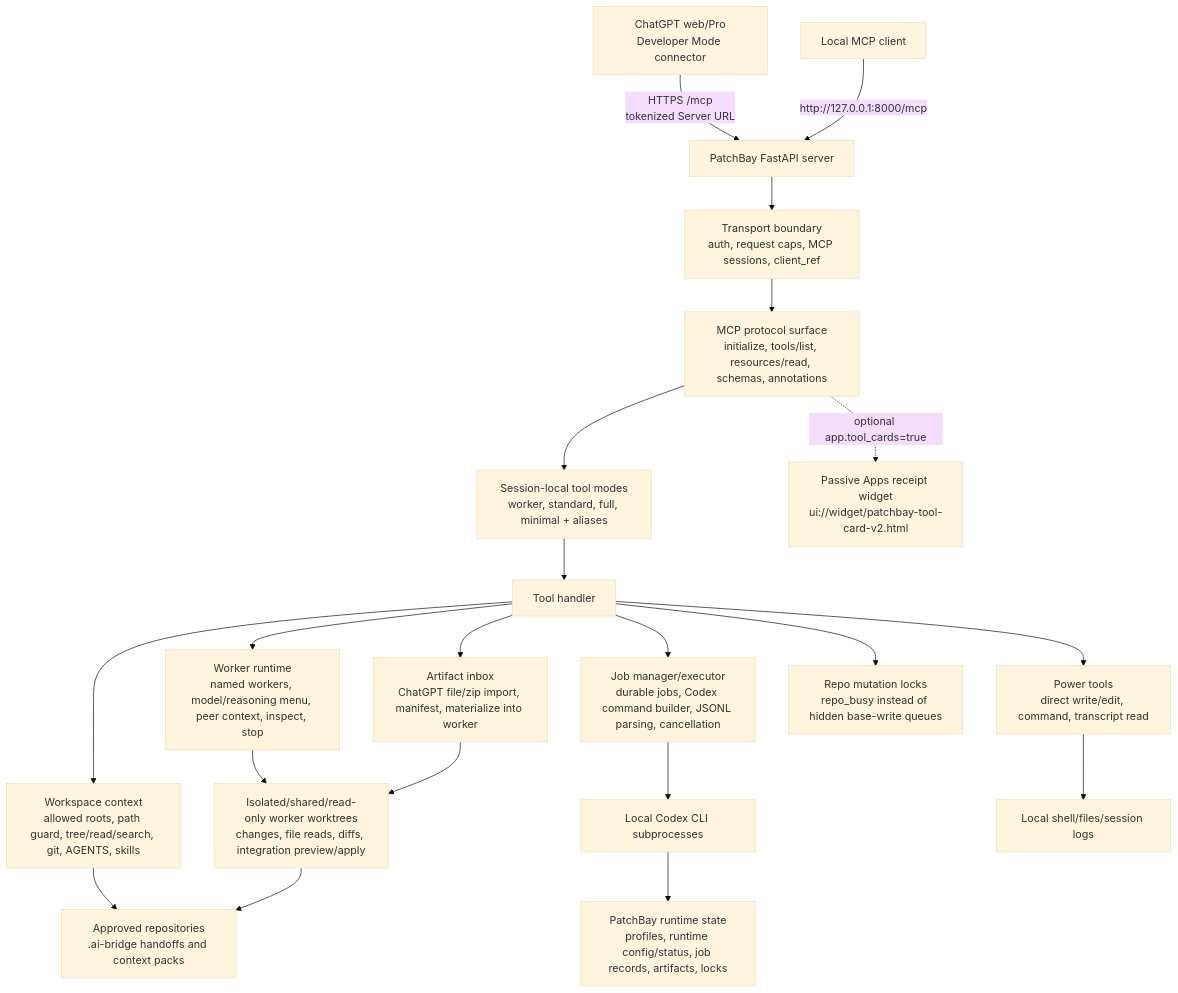
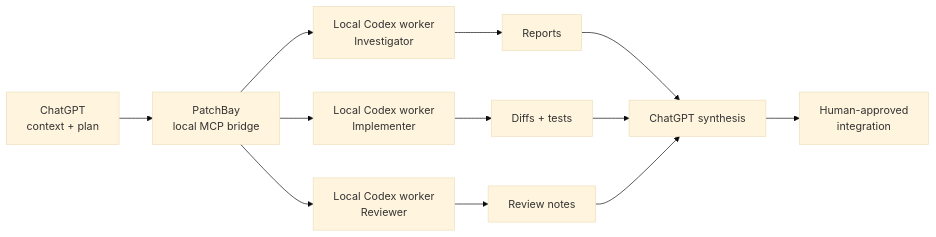
One commit to velhud/PatchBay changed the diagram in README.md. Above: the diagram before and after it, drawn with Mermaid (base theme). The commit also changed other lines of this file and 8 other files, not shown here.

````diff
--- a/README.md
+++ b/README.md
@@ -83,26 +57,14 @@
 ```mermaid
-flowchart TD
-    A["ChatGPT web/Pro<br/>Developer Mode connector"] -->|"HTTPS /mcp<br/>tokenized Server URL"| B["PatchBay FastAPI server"]
-    A2["Local MCP client"] -->|"http://127.0.0.1:8000/mcp"| B
-
-    B --> C["Transport boundary<br/>auth, request caps, MCP sessions, client_ref"]
-    C --> D["MCP protocol surface<br/>initialize, tools/list, resources/read, schemas, annotations"]
-    D --> E["Session-local tool modes<br/>worker, standard, full, minimal + aliases"]
-    D -. "optional app.tool_cards=true" .-> R["Passive Apps receipt widget<br/>ui://widget/patchbay-tool-card-v2.html"]
-
-    E --> H["Tool handler"]
-    H --> W["Workspace context<br/>allowed roots, path guard, tree/read/search, git, AGENTS, skills"]
-    H --> N["Worker runtime<br/>named workers, model/reasoning menu, peer context, inspect, stop"]
-    H --> I["Artifact inbox<br/>ChatGPT file/zip import, manifest, materialize into worker"]
-    H --> J["Job manager/executor<br/>durable jobs, Codex command builder, JSONL parsing, cancellation"]
-    H --> P["Power tools<br/>direct write/edit, command, transcript read"]
-    H --> L["Repo mutation locks<br/>repo_busy instead of hidden base-write queues"]
-
-    N --> WT["Isolated/shared/read-only worker worktrees<br/>changes, file reads, diffs, integration preview/apply"]
-    I --> WT
-    J --> X["Local Codex CLI subprocesses"]
-    P --> Y["Local shell/files/session logs"]
-    W --> Z["Approved repositories<br/>.ai-bridge handoffs and context packs"]
-    WT --> Z
-    X --> S["PatchBay runtime state<br/>profiles, runtime config/status, job records, artifacts, locks"]
+flowchart LR
+    A["ChatGPT<br/>context + plan"] --> B["PatchBay<br/>local MCP bridge"]
+    B --> C["Local Codex worker<br/>Investigator"]
+    B --> D["Local Codex worker<br/>Implementer"]
+    B --> E["Local Codex worker<br/>Reviewer"]
+    C --> F["Reports"]
+    D --> G["Diffs + tests"]
+    E --> H["Review notes"]
+    F --> I["ChatGPT synthesis"]
+    G --> I
+    H --> I
+    I --> J["Human-approved<br/>integration"]
 ```
````
